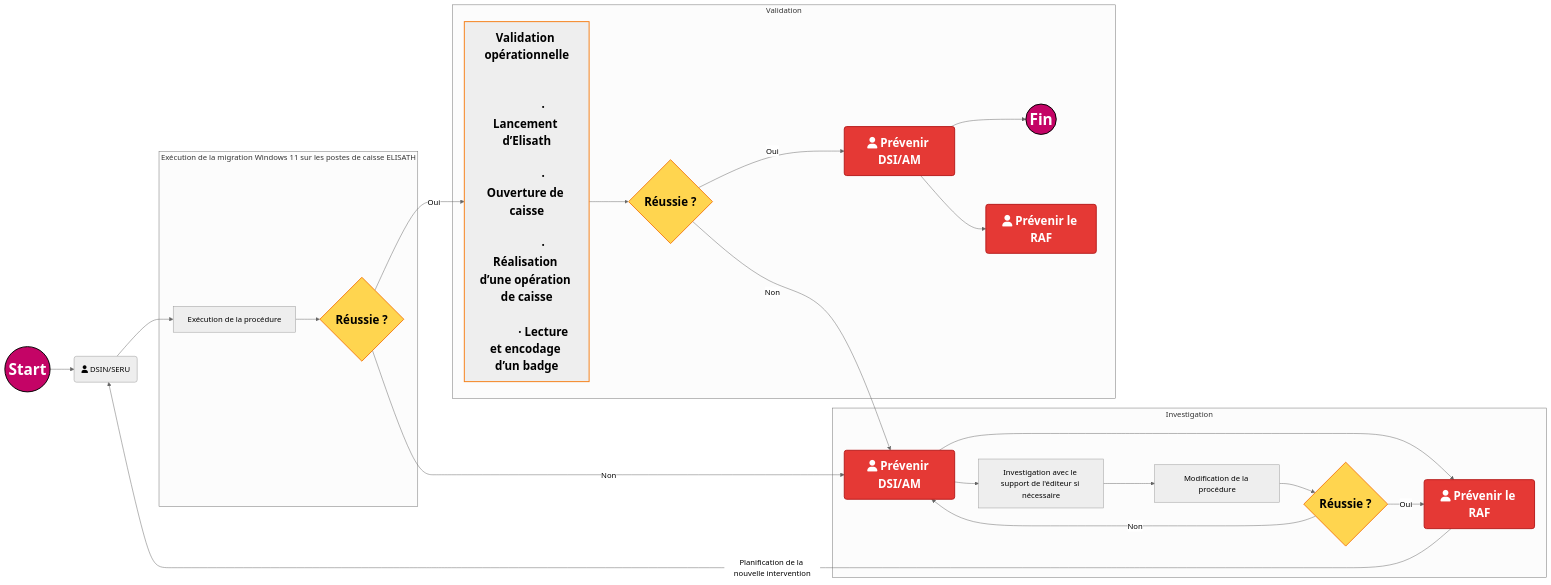
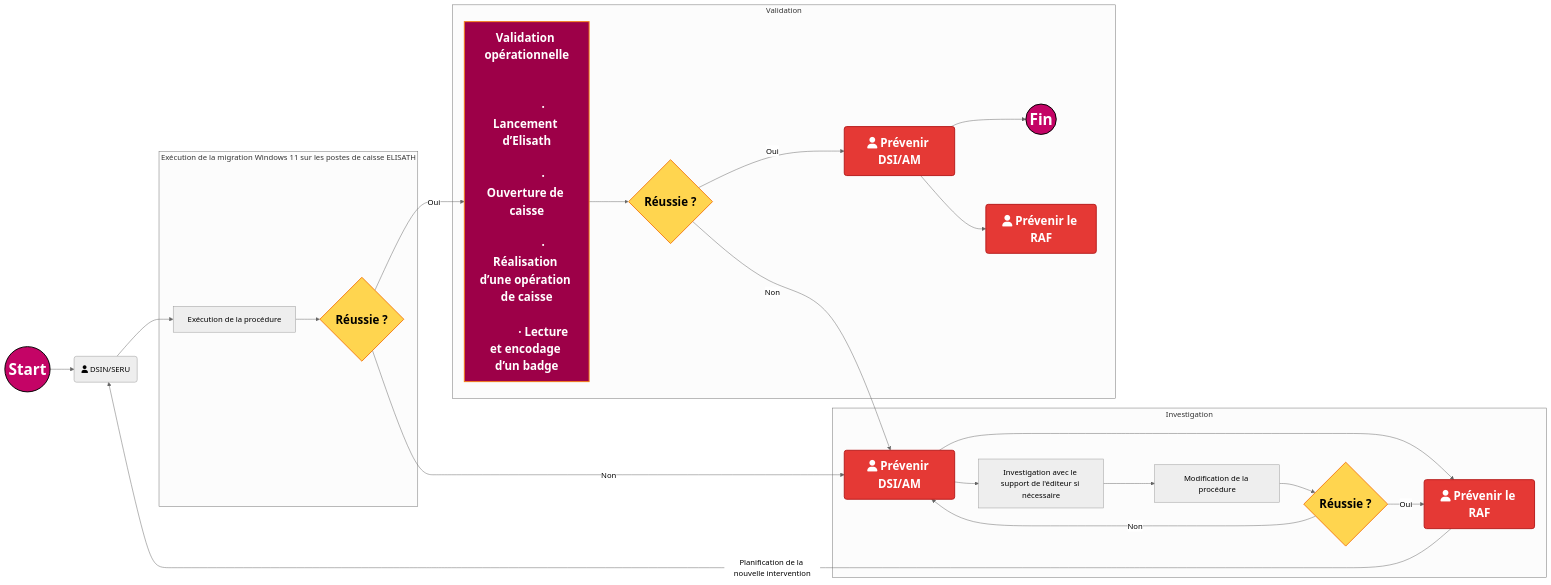
One commit to fdadda/iodraw-files changed the diagram in all/Flux de validation.md. Above: the diagram before and after it, drawn with Mermaid (neutral theme).

Commit message:
2026-05-12 11:50:59 update

````diff
--- a/all/Flux de validation.md
+++ b/all/Flux de validation.md
@@ -1,61 +1,61 @@
 ```mermaid
 flowchart LR
 
     start((Start)) --> A
     A(fa:fa-user DSIN/SERU) --> B[Exécution de la procédure]
 
     subgraph Exécution de la migration Windows 11 sur les postes de caisse ELISATH
         B --> C{Réussie ?}
     end
 
     subgraph Validation
         C -->|Oui| D["Validation opérationnelle<br/><br/>
             · Lancement d’Elisath<br/>
             · Ouverture de caisse<br/>
             · Réalisation d’une opération de caisse<br/>
             · Lecture et encodage d’un badge"]
 
         D --> Val{Réussie ?}
 
         Val -->|Oui| PrevDSI(fa:fa-user Prévenir DSI/AM)
        
         PrevDSI --> fin((Fin))
         PrevDSI  --> PrevRAF(fa:fa-user Prévenir le RAF)
     end
     Val --> |Non| E
     subgraph Investigation
         C -->|Non| E(fa:fa-user Prévenir DSI/AM)
         E --> F(fa:fa-user Prévenir le RAF)
         E --> G[Investigation avec le support de l'éditeur si nécessaire]
         G --> H[Modification de la procédure]
         H --> I{Réussie ?}
         I -->|Oui| F
         I -->|Non| E
     end
 
     F -->|Planification de la nouvelle intervention| A
 
     %% --- STYLES ---
     classDef StartEndPoint fill:#c40466,stroke:#000,color:#fff,stroke-width:2px,font-size:32px,font-weight:bold;
     classDef Decision      fill:#ffd54f,stroke:#f57f17,color:#000,stroke-width:2px,font-size:24px,font-weight:bold;
-    classDef Action      fill:#9d,stroke:#f57f17,color:#000,stroke-width:2px,font-size:24px,font-weight:bold;
+    classDef Action      fill:#9d0048,stroke:#f57f17,color:#fff,stroke-width:2px,font-size:24px,font-weight:bold;
     classDef Error         fill:#e53935,stroke:#b71c1c,color:#fff,stroke-width:2px,font-size:24px,font-weight:bold;
 
     %% --- AFFECTATION DES CLASSES ---
     class start,fin StartEndPoint;
     class C,I,Val Decision;
     class E,F,PrevDSI,PrevRAF Error;
     class D Action;
     %% --- “CEINTURE + BRETELLES” (force le style sur les 2 nœuds) ---
     %%style start font-size:32px,font-weight:bold
     %%style fin   font-size:32px,font-weight:bold
 
     %% --- Codes couleur (commentaires) ---
     %% Bleu marine #000080
     %% Midnight blue #191970
     %% Bleu foncé intense #080F70
     %% Bleu foncé moderne #111184
     %% Orange #ffd54f
     %% Rouge #e53935
     %% Rose CAPI #c40466
 ```
````
